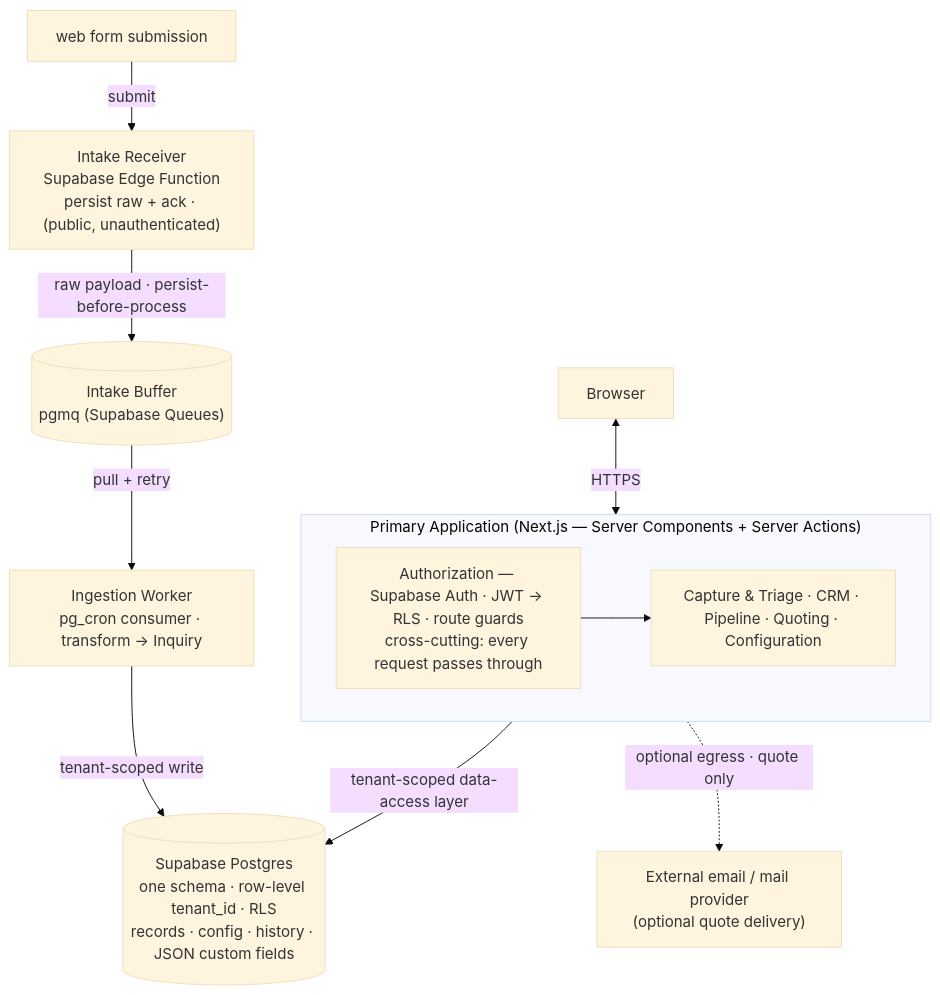
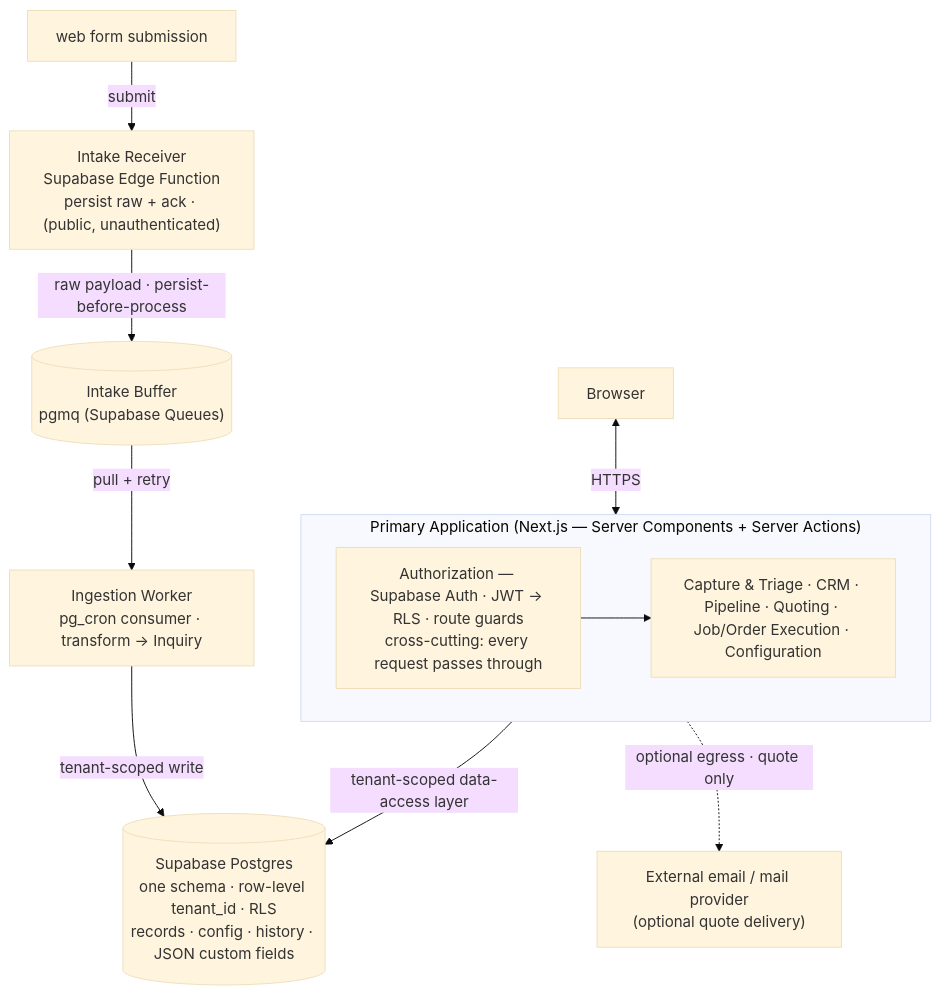
One commit to Cueserve/cs-cueviksync changed the first of 3 diagrams in docs/ARCHITECTURE.md. Above: the diagram before and after it, drawn with Mermaid (base theme). The commit also changed other lines of this file and 2 other files, not shown here.

````diff
--- a/docs/ARCHITECTURE.md
+++ b/docs/ARCHITECTURE.md
@@ -52,26 +52,26 @@
 ```mermaid
 flowchart TB
     form["web form submission"]
     browser["Browser"]
 
     receiver["Intake Receiver<br/>Supabase Edge Function<br/>persist raw + ack · (public, unauthenticated)"]
     buffer[("Intake Buffer<br/>pgmq (Supabase Queues)")]
     worker["Ingestion Worker<br/>pg_cron consumer · transform → Inquiry"]
 
     subgraph app["Primary Application (Next.js — Server Components + Server Actions)"]
         authz["Authorization — Supabase Auth · JWT → RLS · route guards<br/>cross-cutting: every request passes through"]
-        modules["Capture &amp; Triage · CRM · Pipeline · Quoting · Configuration"]
+        modules["Capture &amp; Triage · CRM · Pipeline · Quoting · Job/Order Execution · Configuration"]
         authz --> modules
     end
 
     store[("Supabase Postgres<br/>one schema · row-level tenant_id · RLS<br/>records · config · history · JSON custom fields")]
     ext["External email / mail provider<br/>(optional quote delivery)"]
 
     form -->|"submit"| receiver
     receiver -->|"raw payload · persist-before-process"| buffer
     buffer -->|"pull + retry"| worker
     worker -->|"tenant-scoped write"| store
     browser <-->|"HTTPS"| app
     app -->|"tenant-scoped data-access layer"| store
     app -.->|"optional egress · quote only"| ext
 ```
````
